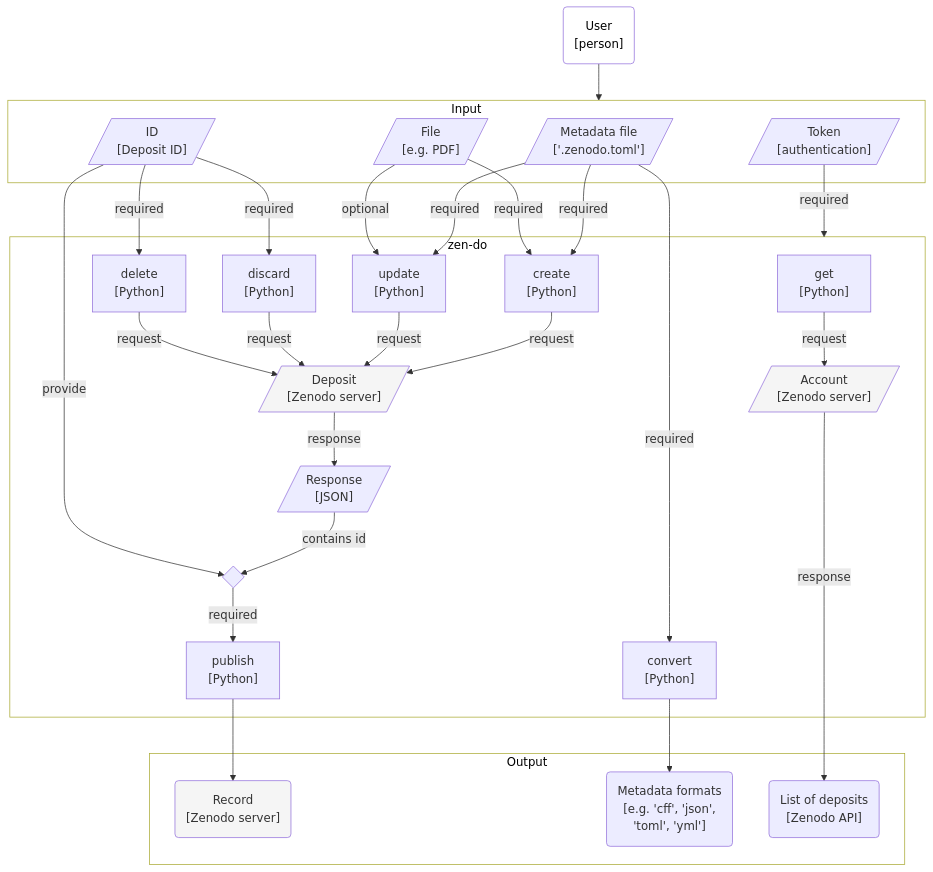
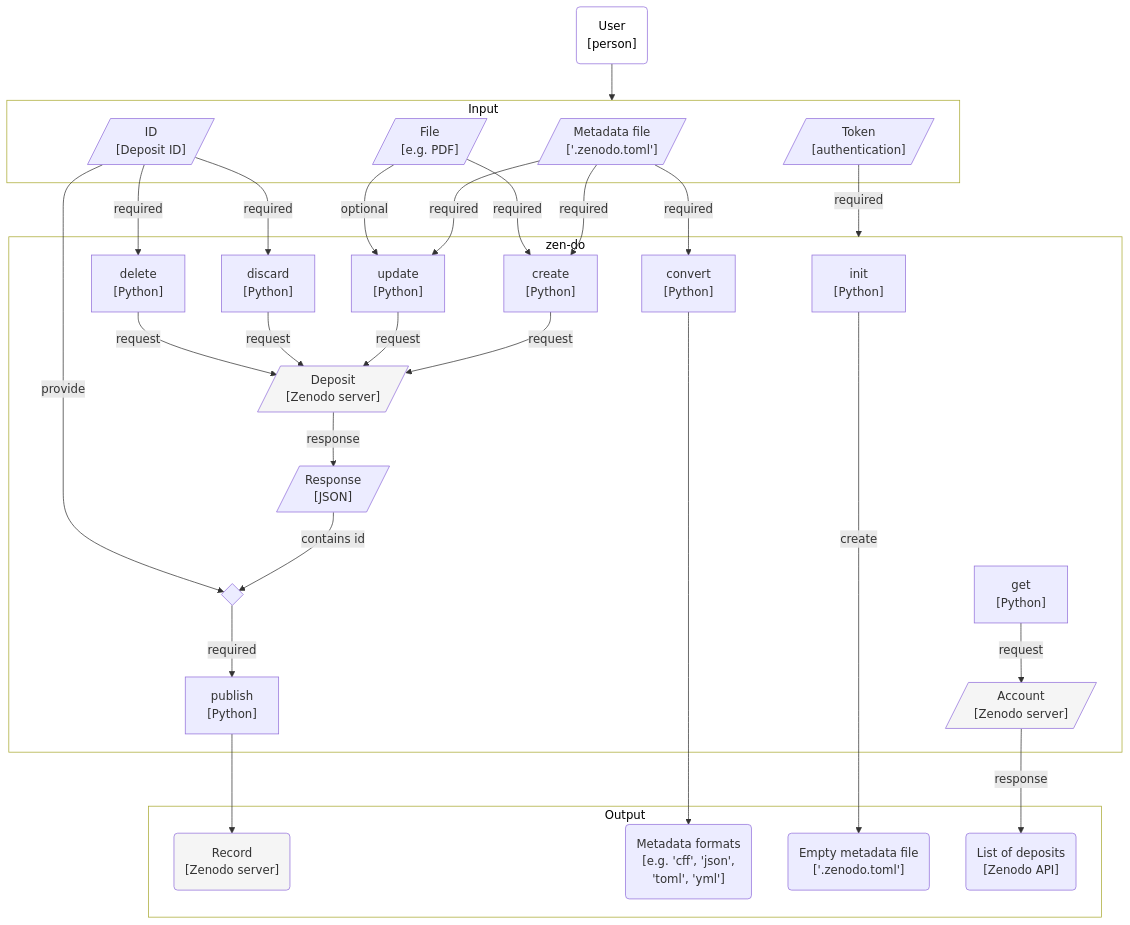
One commit to seedcase-project/zen-do changed the second of 2 diagrams in docs/design/architecture.qmd. Above: the diagram before and after it, drawn with Mermaid. The commit also changed other lines of this file, not shown here.

````diff
--- a/docs/design/architecture.qmd
+++ b/docs/design/architecture.qmd
@@ -105,58 +127,61 @@
 ```{mermaid}
 %%| label: fig-c4-container
 %%| fig-cap: "Diagram showing the inputs, outputs, and actions within zen-do. Parallogram boxes represent input and output, the rectangles represents actions, and the rounded boxes represent the start and end points of the flow. The gray boxes represent external systems, in this case, the Zenodo server."
 %%| fig-alt: "Flowchart diagram with boxes and arrows/connections for the different objects and actions, focusing on the content of zen-do. The user interacts with the metadata file, the metadata formats, and the file(s) to add to a deposit while the zen-do CLI contains several actions to interact with the Zenodo server for both deposits and records."
 flowchart TB
     user("User<br>[person]"):::user
 
     subgraph input ["Input"]
         metadata[/"Metadata file<br>['.zenodo.toml']"/]
         file[/"File<br>[e.g. PDF]"/]
         token[/"Token<br>[authentication]"/]
         id[/"ID<br>[Deposit ID]"/]
     end
 
     subgraph zen-do
+        init["init<br>[Python]"]
         get["get<br>[Python]"]
         convert["convert<br>[Python]"]
         create["create<br>[Python]"]
         update["update<br>[Python]"]
         publish["publish<br>[Python]"]
         discard["discard<br>[Python]"]
         delete["delete<br>[Python]"]
         response_put[/"Response<br>[JSON]"/]
         deposit[/"Deposit<br>[Zenodo server]"/]:::external
         account[/"Account<br>[Zenodo server]"/]:::external
 
         create & update & discard & delete -->|request| deposit
         deposit -->|response| response_put
         response_put -->|contains id| either_id
         either_id{" "} -->|required| publish
         get -->|request| account
     end
 
     subgraph output ["Output"]
         record("Record<br>[Zenodo server]"):::external
         metadata_formats("Metadata formats<br>[e.g. 'cff', 'json',<br>'toml', 'yml']")
+        empty_metadata("Empty metadata file<br>['.zenodo.toml']")
         deposit_list("List of deposits<br>[Zenodo API]")
 
+        init -->|create| empty_metadata
         account -->|response| deposit_list
         convert --> metadata_formats
         publish --> record
     end
 
     user --> input
     token -->|required| zen-do
     id -->|required| discard & delete
     id -->|provide| either_id
     metadata -->|required| create & update & convert
     file -->|required| create
     file -->|optional| update
 
     %% Styling
     style zen-do fill:#FFFFFF,color:#000000;
     style output fill:#FFFFFF,color:#000000;
     style input fill:#FFFFFF,color:#000000;
     classDef user fill:#FFFFFF,color:#000000;
     classDef external fill:#F5F5F5;
 ```
````
